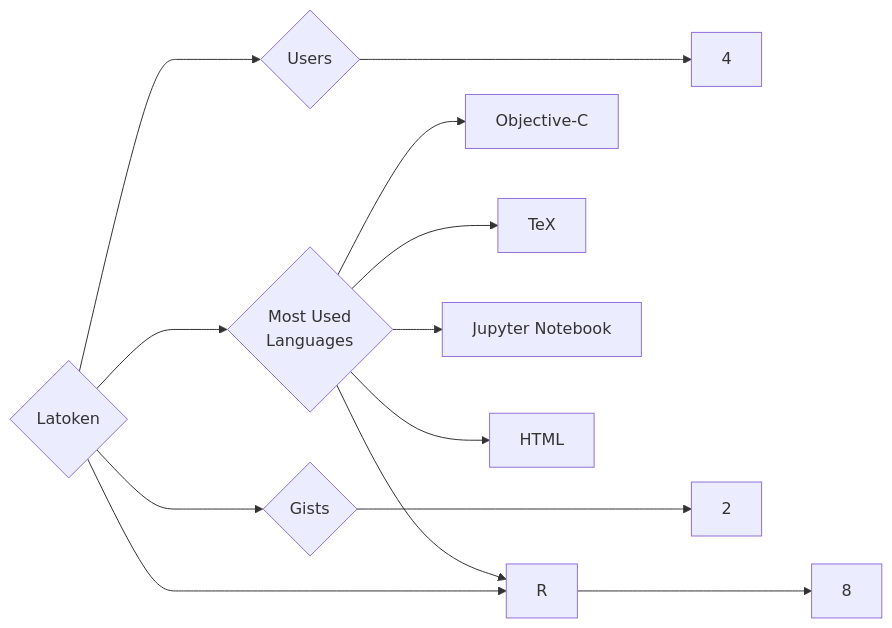
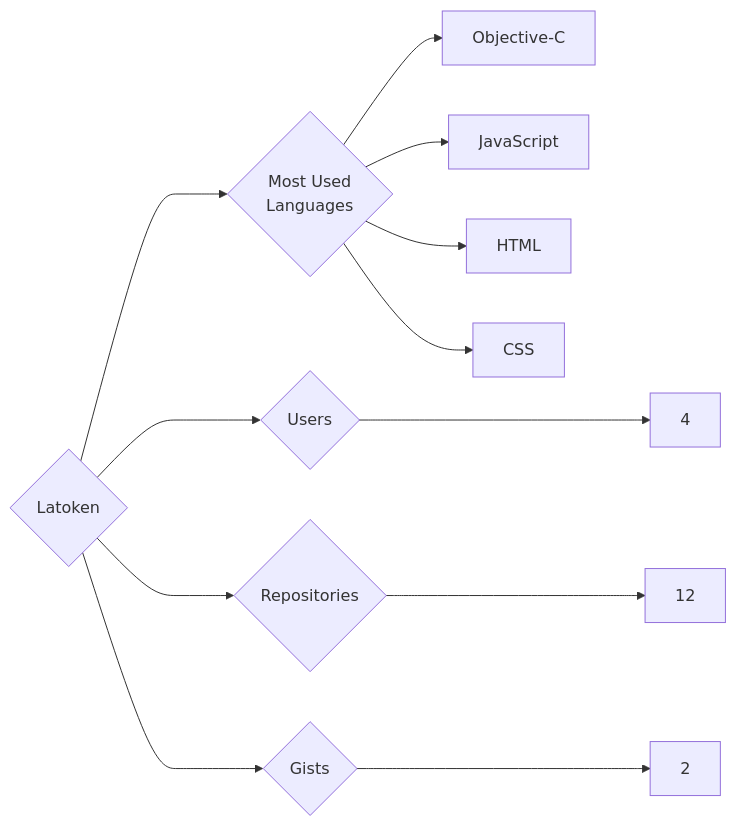
One commit to trickest/insiders changed the diagram in targets/Latoken/README.md. Above: the diagram before and after it, drawn with Mermaid. The commit also changed 1496 other files, not shown here.

````diff
--- a/targets/Latoken/README.md
+++ b/targets/Latoken/README.md
@@ -3,13 +3,12 @@
 ```mermaid
 graph LR
 COMPANY_NAME{Latoken}
 COMPANY_NAME ---> U{Users} ---> UN[4]
-COMPANY_NAME ---> R{Repositories} ---> RN[8]
+COMPANY_NAME ---> R{Repositories} ---> RN[12]
 COMPANY_NAME ---> G{Gists} ---> GN[2]
 COMPANY_NAME ---> ML{Most Used<br>Languages}
 ML --> Objective-C[Objective-C]
-ML --> TeX[TeX]
-ML --> R[R]
-ML --> Jupyter_Notebook[Jupyter Notebook]
+ML --> JavaScript[JavaScript]
 ML --> HTML[HTML]
+ML --> CSS[CSS]
 ```
````
